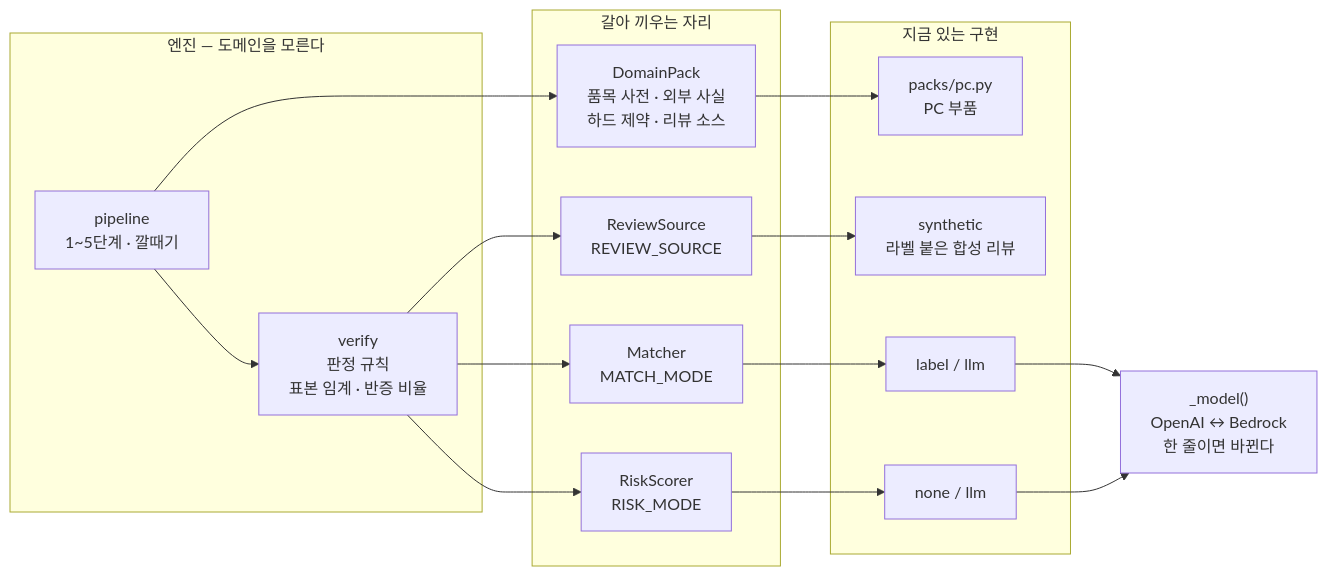
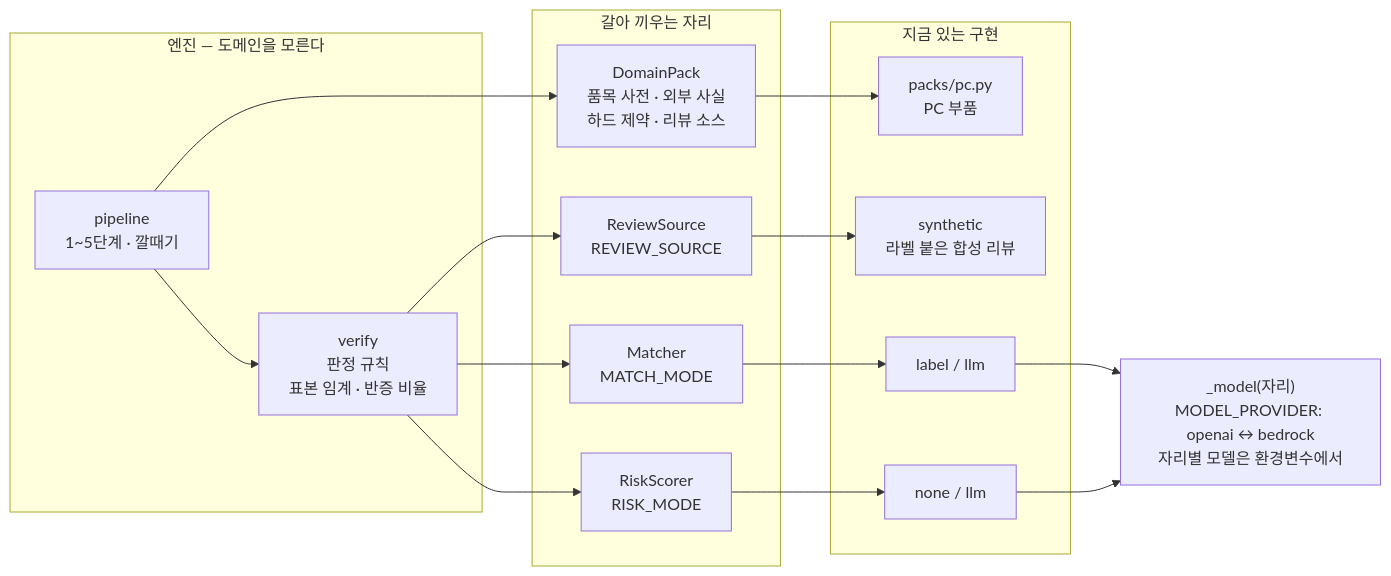
The second of 4 diagrams in docs/아키텍처.md (greenmdw/skn_final), drawn with Mermaid before and after one commit. The commit also changed other lines of this file and 7 other files, not shown here.

First line of the commit message:
feat(model): MODEL_PROVIDER 로 Bedrock 전환 — 없이도 그대로 돈다

````diff
--- a/docs/아키텍처.md
+++ b/docs/아키텍처.md
@@ -53,31 +53,31 @@
 ```mermaid
 flowchart LR
     subgraph ENGINE["엔진 — 도메인을 모른다"]
         PIPE["pipeline<br/>1~5단계 · 깔때기"]
         VER["verify<br/>판정 규칙<br/>표본 임계 · 반증 비율"]
     end
 
     subgraph SEAMS["갈아 끼우는 자리"]
         DP["DomainPack<br/>품목 사전 · 외부 사실<br/>하드 제약 · 리뷰 소스"]
         RS["ReviewSource<br/>REVIEW_SOURCE"]
         MA["Matcher<br/>MATCH_MODE"]
         RI["RiskScorer<br/>RISK_MODE"]
     end
 
     subgraph IMPL["지금 있는 구현"]
         PC["packs/pc.py<br/>PC 부품"]
         SY["synthetic<br/>라벨 붙은 합성 리뷰"]
         LB["label / llm"]
         NO["none / llm"]
     end
 
-    MODEL["_model()<br/>OpenAI ↔ Bedrock<br/>한 줄이면 바뀐다"]
+    MODEL["_model(자리)<br/>MODEL_PROVIDER: openai ↔ bedrock<br/>자리별 모델은 환경변수에서"]
 
     PIPE --> DP --> PC
     PIPE --> VER
     VER --> RS --> SY
     VER --> MA --> LB
     VER --> RI --> NO
     LB --> MODEL
     NO --> MODEL
 ```
````
